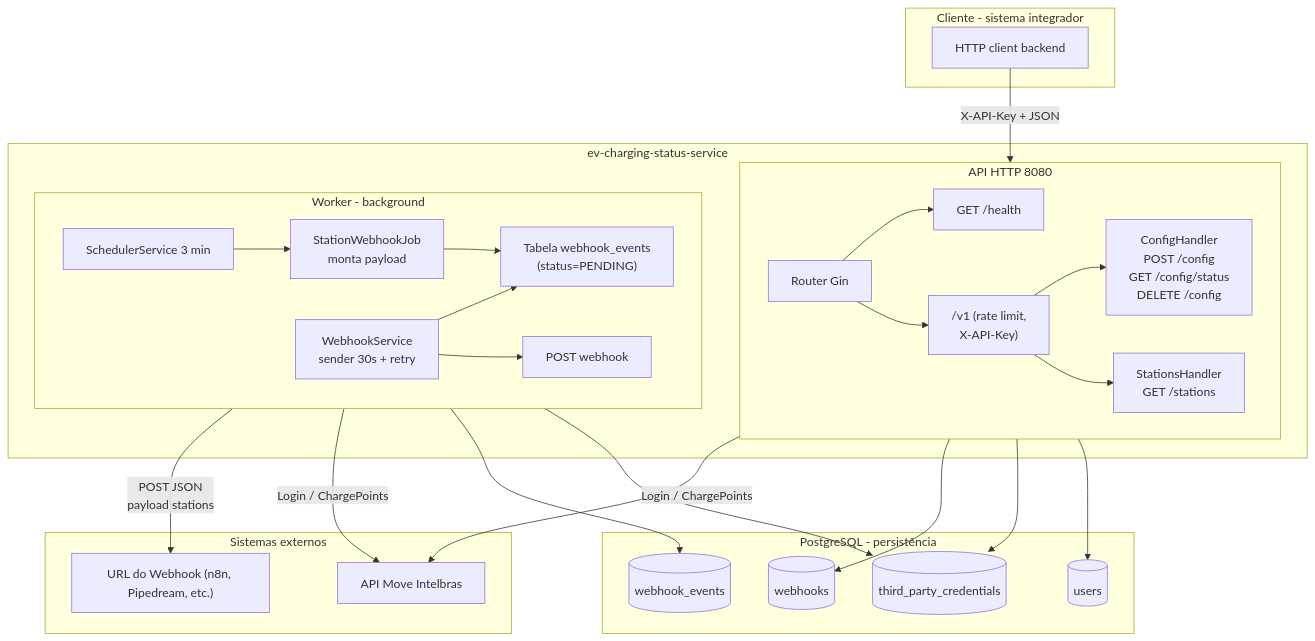
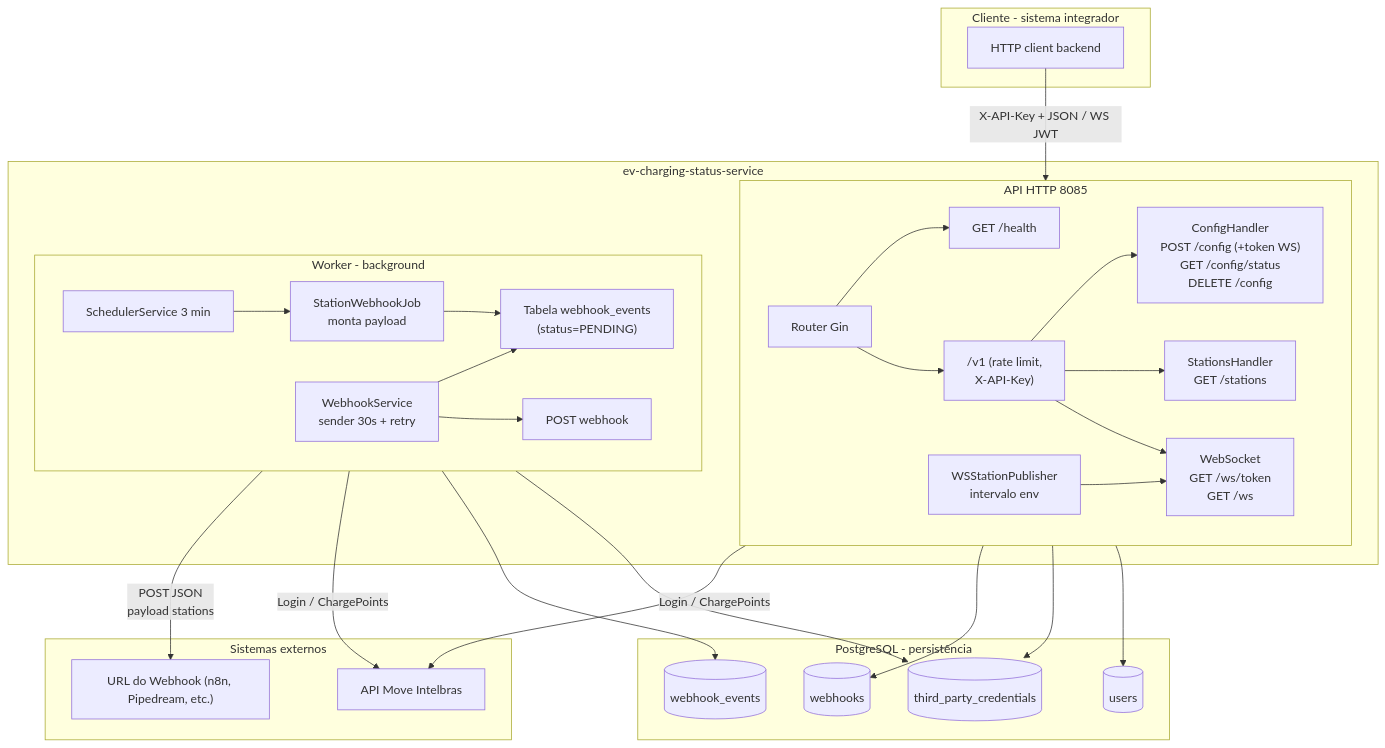
One commit to DhioneCastilhoBarbosa/ev-charging-status-service changed the diagram in README.md. Above: the diagram before and after it, drawn with Mermaid. The commit also changed other lines of this file and 19 other files, not shown here.

````diff
--- a/README.md
+++ b/README.md
@@ -37,54 +38,57 @@
 ```mermaid
 flowchart TB
     %% Clientes da API
     subgraph Client["Cliente - sistema integrador"]
         C[HTTP client backend]
     end
 
     %% Serviço principal
     subgraph Service["ev-charging-status-service"]
-        subgraph API["API HTTP 8080"]
+        subgraph API["API HTTP 8085"]
             R[Router Gin]
             R --> Health["GET /health"]
             R --> V1["/v1 (rate limit,\nX-API-Key)"]
-            V1 --> Config["ConfigHandler\nPOST /config\nGET /config/status\nDELETE /config"]
+            V1 --> Config["ConfigHandler\nPOST /config (+token WS)\nGET /config/status\nDELETE /config"]
             V1 --> Stations["StationsHandler\nGET /stations"]
+            V1 --> WS["WebSocket\nGET /ws/token\nGET /ws"]
+            WSPub["WSStationPublisher\nintervalo env"]
+            WSPub --> WS
         end
 
         subgraph Worker["Worker - background"]
             Scheduler["SchedulerService 3 min"]
             Job["StationWebhookJob\nmonta payload"]
             Sender["WebhookService\nsender 30s + retry"]
             Scheduler --> Job
             Job --> Queue["Tabela webhook_events\n(status=PENDING)"]
             Sender --> Queue
             Sender --> POST["POST webhook"]
         end
     end
 
     %% Persistência
     subgraph DB["PostgreSQL - persistência"]
         Users[(users)]
         Creds[(third_party_credentials)]
         Webhooks[(webhooks)]
         Events[(webhook_events)]
     end
 
     %% Sistemas externos
     subgraph External["Sistemas externos"]
         Intelbras["API Move Intelbras"]
         WebhookURL["URL do Webhook (n8n, Pipedream, etc.)"]
     end
 
     %% Relações
-    C -->|X-API-Key + JSON| API
+    C -->|X-API-Key + JSON / WS JWT| API
     API --> Users
     API --> Creds
     API --> Webhooks
     API -->|Login / ChargePoints| Intelbras
 
     Worker --> Creds
     Worker --> Events
     Worker -->|Login / ChargePoints| Intelbras
     Worker -->|POST JSON\npayload stations| WebhookURL
 ```
````
